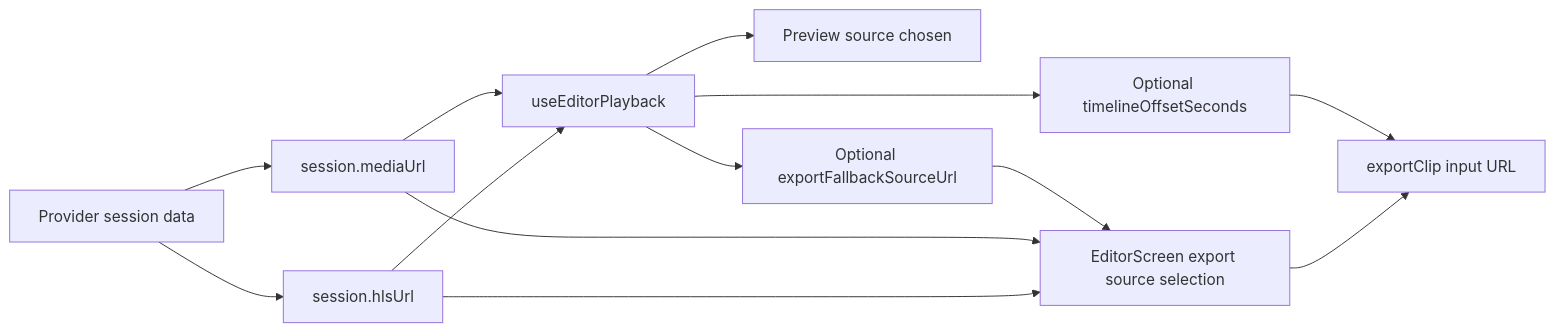
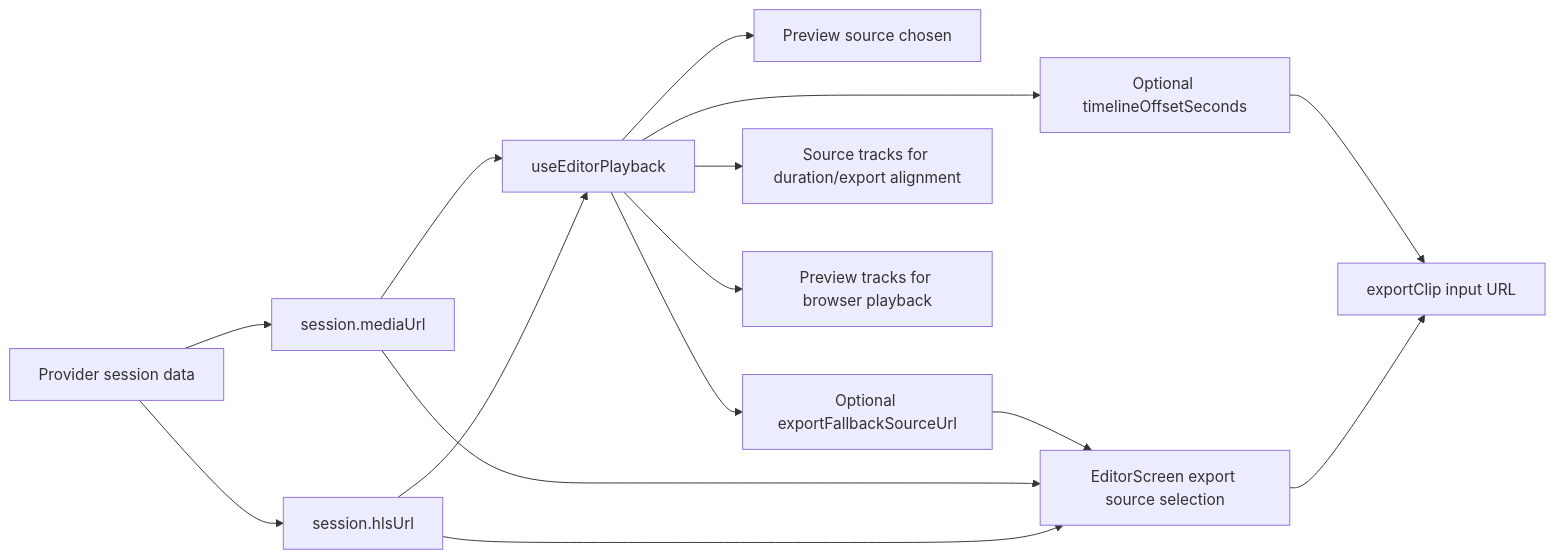
The ninth of 9 diagrams in DIAGRAMS.md (TechSquidTV/Cliparr), drawn with Mermaid before and after one commit. The commit also changed other lines of this file, not shown here.

Commit message:
docs: refresh HLS playback and export diagrams

````diff
--- a/DIAGRAMS.md
+++ b/DIAGRAMS.md
@@ -92,15 +158,17 @@
 ```mermaid
 flowchart LR
     A["Provider session data"] --> B["session.hlsUrl"]
     A --> C["session.mediaUrl"]
     B --> D["useEditorPlayback"]
     C --> D
     D --> E["Preview source chosen"]
     D --> F["Optional exportFallbackSourceUrl"]
     D --> I["Optional timelineOffsetSeconds"]
+    D --> J["Source tracks for duration/export alignment"]
+    D --> K["Preview tracks for browser playback"]
     B --> G["EditorScreen export source selection"]
     C --> G
     F --> G
     G --> H["exportClip input URL"]
     I --> H
 ```
````
